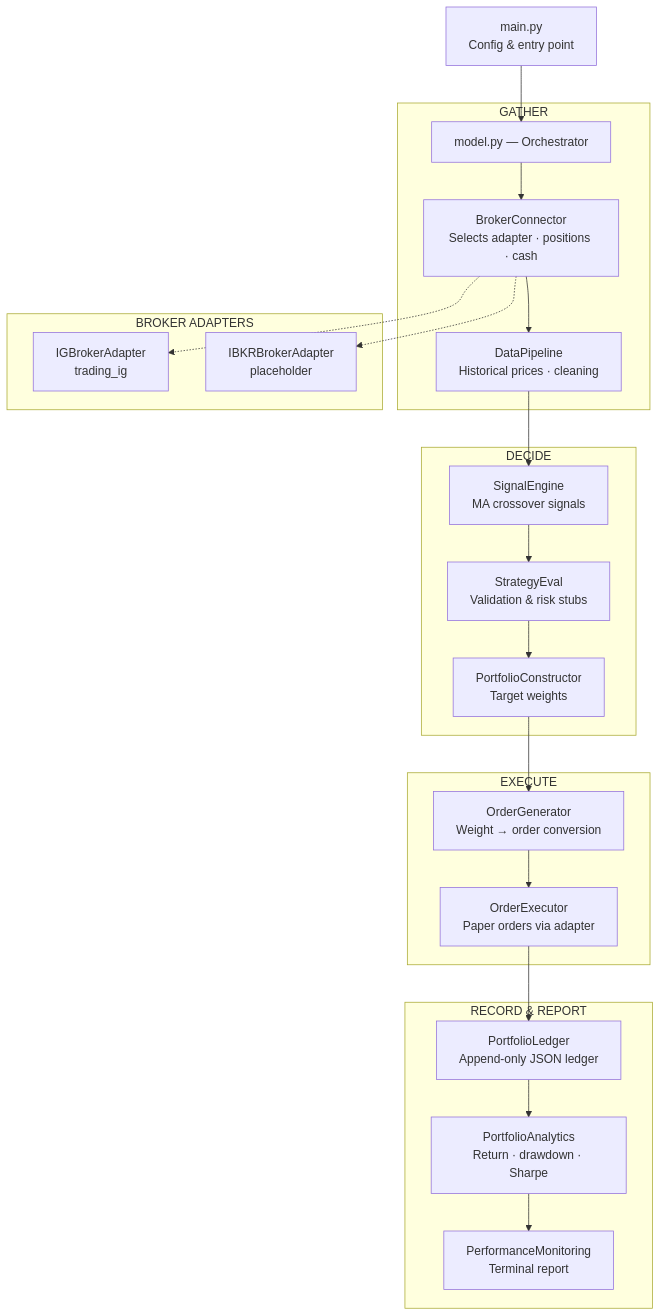
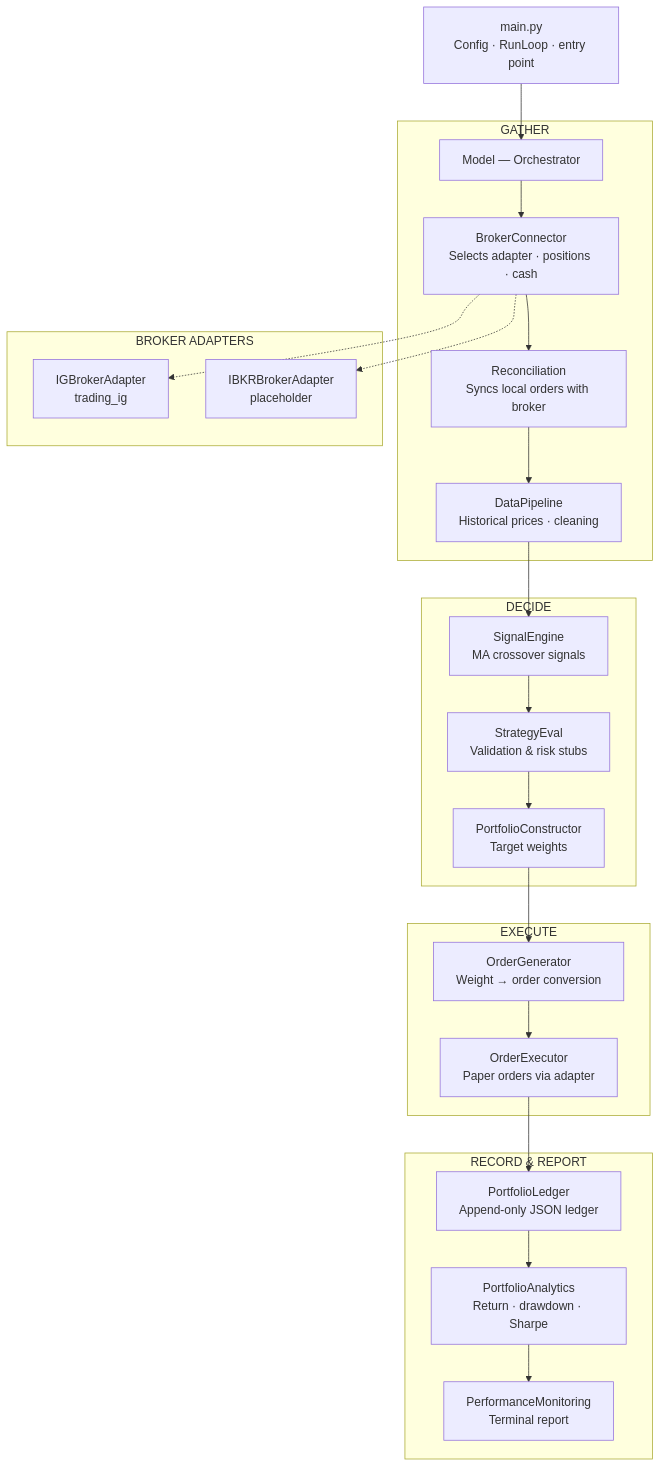
The diagram in README.md (Braumeister-Stefan/Tradinator), drawn with Mermaid before and after one commit. The commit also changed other lines of this file, not shown here.

First line of the commit message:
docs: update README to reflect model package refactoring

````diff
--- a/README.md
+++ b/README.md
@@ -15,31 +15,32 @@
 ```mermaid
 flowchart TD
-    A[main.py<br/>Config & entry point] --> B[model.py — Orchestrator]
+    A[main.py<br/>Config · RunLoop · entry point] --> B[Model — Orchestrator]
 
     subgraph GATHER
         B --> C[BrokerConnector<br/>Selects adapter · positions · cash]
-        C --> D[DataPipeline<br/>Historical prices · cleaning]
+        C --> R[Reconciliation<br/>Syncs local orders with broker]
+        R --> D[DataPipeline<br/>Historical prices · cleaning]
     end
 
     subgraph DECIDE
         D --> E[SignalEngine<br/>MA crossover signals]
         E --> F[StrategyEval<br/>Validation & risk stubs]
         F --> G[PortfolioConstructor<br/>Target weights]
     end
 
     subgraph EXECUTE
         G --> H[OrderGenerator<br/>Weight → order conversion]
         H --> I[OrderExecutor<br/>Paper orders via adapter]
     end
 
     subgraph RECORD & REPORT
         I --> J[PortfolioLedger<br/>Append-only JSON ledger]
         J --> K[PortfolioAnalytics<br/>Return · drawdown · Sharpe]
         K --> L[PerformanceMonitoring<br/>Terminal report]
     end
 
     subgraph BROKER ADAPTERS
         C -.-> M[IGBrokerAdapter<br/>trading_ig]
         C -.-> N[IBKRBrokerAdapter<br/>placeholder]
     end
 ```
````
